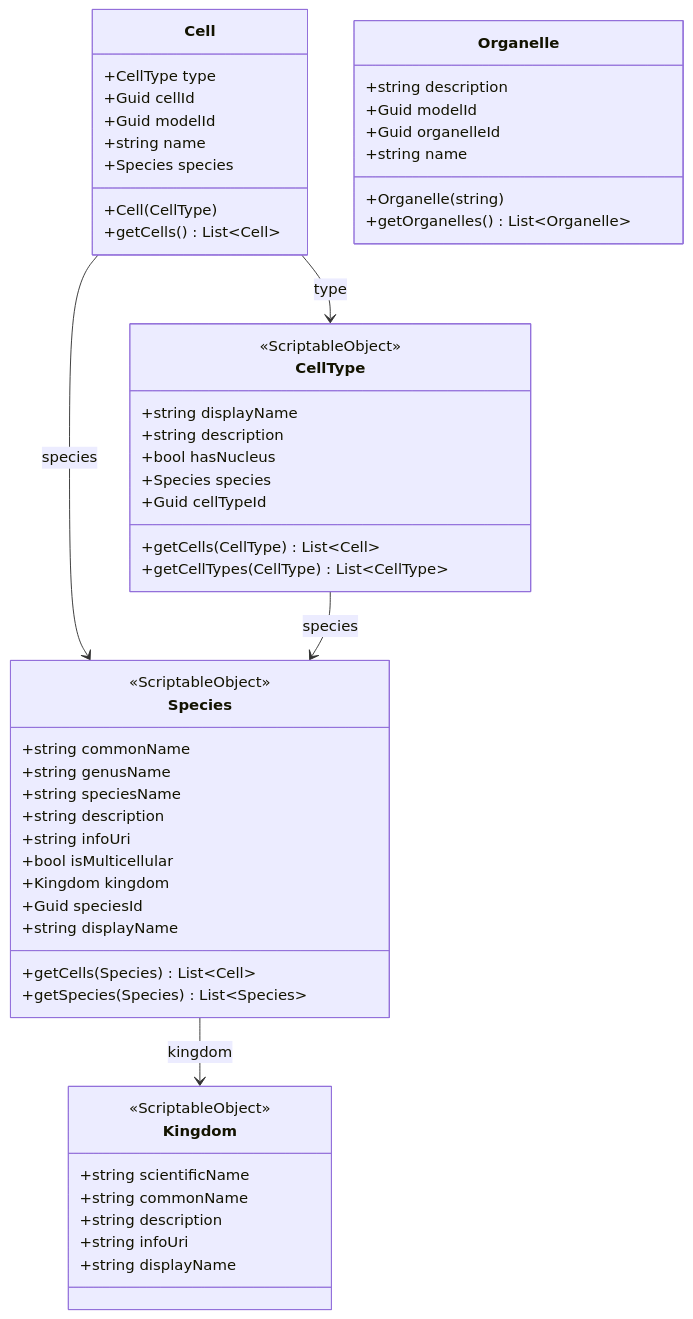
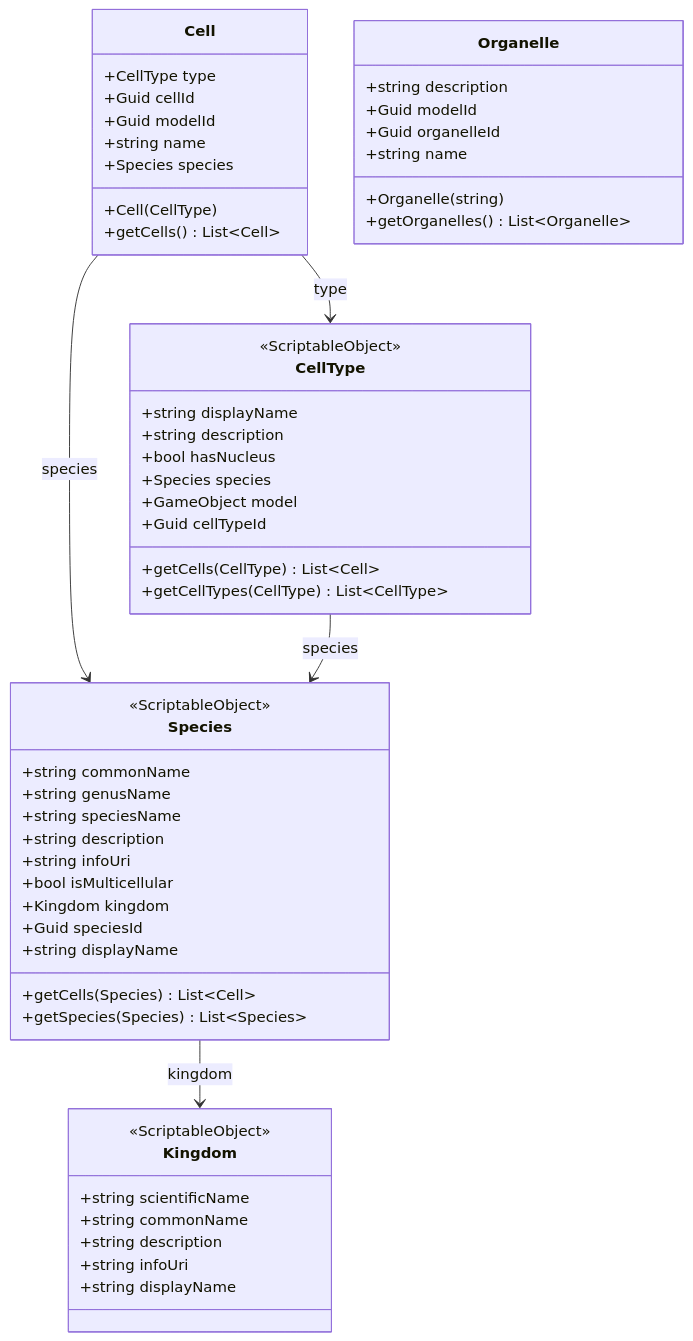
The diagram in docs/dev/classes.md (From-Null/from-null-capstone), drawn with Mermaid before and after one commit. The commit also changed 5 other files, not shown here.

````diff
--- a/docs/dev/classes.md
+++ b/docs/dev/classes.md
@@ -5,56 +5,57 @@
 ```mermaid
 classDiagram
     class Cell {
         +CellType type
         +Guid cellId
         +Guid modelId
         +string name
         +Species species
         +Cell(CellType)
         +getCells() List~Cell~
     }
     class CellType {
         <<ScriptableObject>>
         +string displayName
         +string description
         +bool hasNucleus
         +Species species
+        +GameObject model
         +Guid cellTypeId
         +getCells(CellType) List~Cell~
         +getCellTypes(CellType) List~CellType~
     }
     class Kingdom {
         <<ScriptableObject>>
         +string scientificName
         +string commonName
         +string description
         +string infoUri
         +string displayName
     }
     class Organelle {
         +string description
         +Guid modelId
         +Guid organelleId
         +string name
         +Organelle(string)
         +getOrganelles() List~Organelle~
     }
     class Species {
         <<ScriptableObject>>
         +string commonName
         +string genusName
         +string speciesName
         +string description
         +string infoUri
         +bool isMulticellular
         +Kingdom kingdom
         +Guid speciesId
         +string displayName
         +getCells(Species) List~Cell~
         +getSpecies(Species) List~Species~
     }
     Cell --> CellType : type
     Cell --> Species : species
     CellType --> Species : species
     Species --> Kingdom : kingdom
 ```
````
